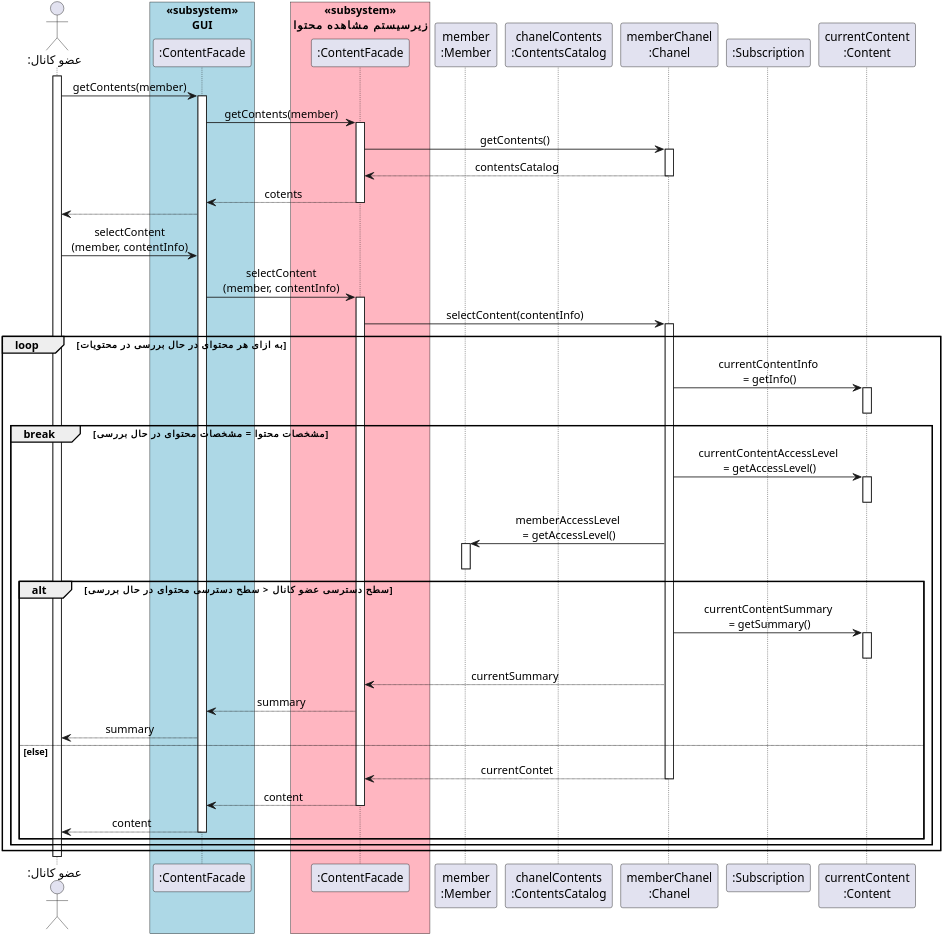
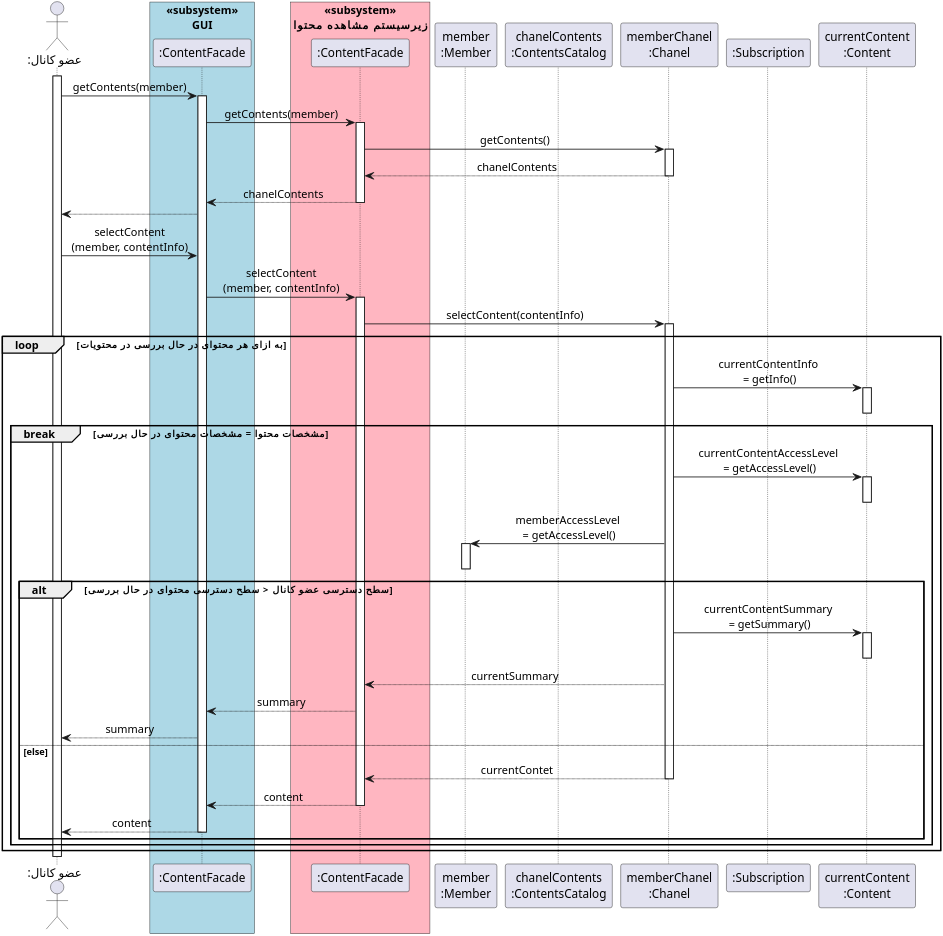
The diagram in Diagrams/Design Sequence/SeeContent.puml (soleyman79/Qasedak), drawn with PlantUML before and after one commit.

```diff
--- a/Diagrams/Design Sequence/SeeContent.puml
+++ b/Diagrams/Design Sequence/SeeContent.puml
@@ -1,76 +1,76 @@
 @startuml see_content
 
 
 scale 4
 skinparam DefaultFontName Vazir
 skinparam DefaultTextAlignment center
 
 
 actor ":عضو کانال" as member
 box "«subsystem»\nGUI" #LightBlue
 participant ":ContentFacade" as ui
 end box
 box "«subsystem»\nزیرسیستم مشاهده محتوا" #LightPink
 participant ":ContentFacade" as contentFacade
 end box
 participant "member\n:Member" as memberObj
 participant "chanelContents\n:ContentsCatalog" as contents
 participant "memberChanel\n:Chanel" as chanel
 participant ":Subscription" as subscription
 participant "currentContent\n:Content" as currentContent
 
 
 activate member
 member -> ui: getContents(member)
 activate ui
 ui -> contentFacade: getContents(member)
 activate contentFacade
 contentFacade -> chanel: getContents()
 activate chanel
-chanel --> contentFacade: contentsCatalog
+chanel --> contentFacade: chanelContents
 deactivate chanel
-contentFacade --> ui: cotents
+contentFacade --> ui: chanelContents
 deactivate contentFacade
 ui --> member
 
 member -> ui : selectContent\n(member, contentInfo)
 ui -> contentFacade: selectContent\n(member, contentInfo)
 activate contentFacade
 contentFacade -> chanel: selectContent(contentInfo)
 activate chanel
 loop به ازای هر محتوای در حال بررسی در محتویات
     chanel -> currentContent : currentContentInfo\n = getInfo()
     activate currentContent
     deactivate currentContent
     
     break مشخصات محتوا = مشخصات محتوای در حال بررسی
         chanel -> currentContent: currentContentAccessLevel\n = getAccessLevel()
         activate currentContent
         deactivate currentContent
         
         chanel -> memberObj: memberAccessLevel\n = getAccessLevel()
         activate memberObj
         deactivate memberObj
         
         alt سطح دسترسی عضو کانال < سطح دسترسی محتوای در حال بررسی
             chanel -> currentContent: currentContentSummary\n = getSummary()
             activate currentContent
             deactivate currentContent
             chanel --> contentFacade: currentSummary
             contentFacade --> ui: summary
             ui --> member: summary
         else else
             chanel --> contentFacade: currentContet
             deactivate chanel
             contentFacade --> ui: content
             deactivate contentFacade
             ui --> member: content
             deactivate ui
         end
     end
 end
 
 deactivate member
 
 
 @enduml
```
